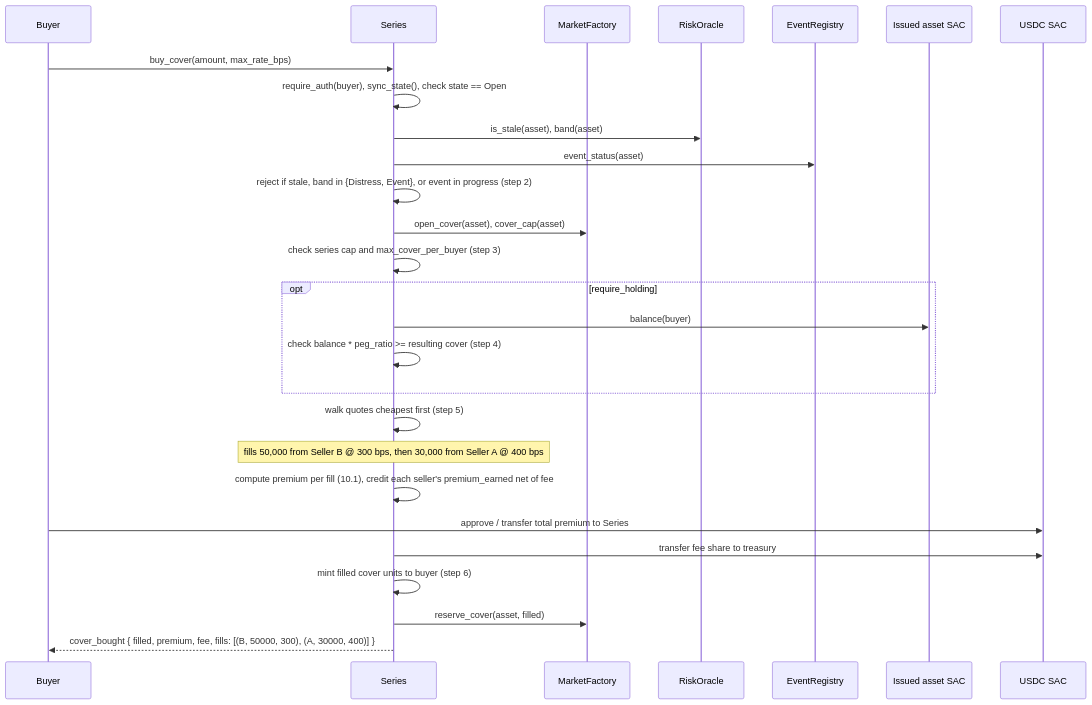
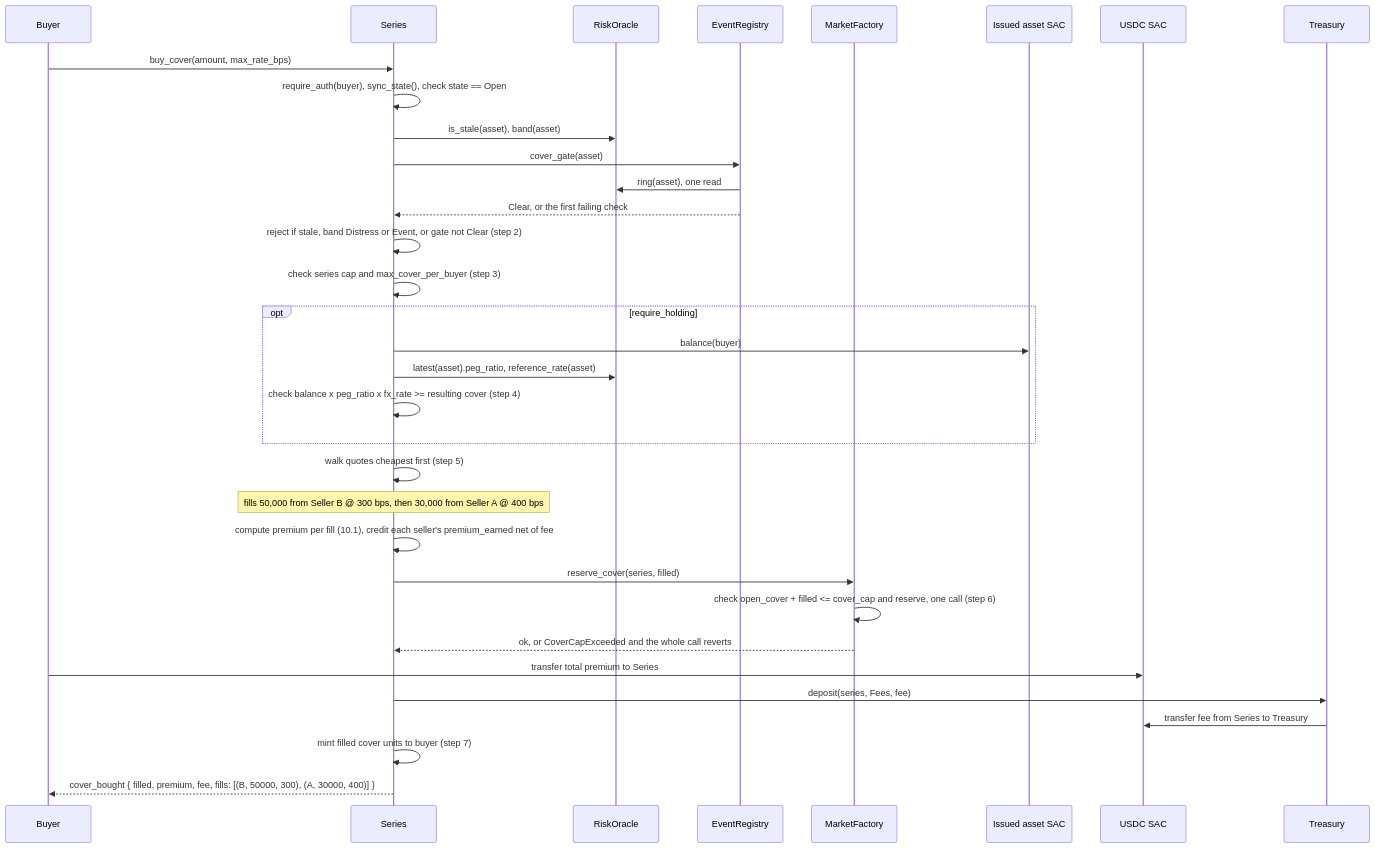
Before and after one commit to Sylox-labs/sylox: diagram 11 of 14 in technical-doc.md, drawn with Mermaid. The commit also changed other lines of this file, not shown here.

````diff
--- a/technical-doc.md
+++ b/technical-doc.md
@@ -738,34 +1112,41 @@
 ```mermaid
 sequenceDiagram
   participant Buyer
   participant Series
-  participant Factory as MarketFactory
   participant Oracle as RiskOracle
   participant Registry as EventRegistry
+  participant Factory as MarketFactory
   participant AssetSAC as Issued asset SAC
   participant USDC as USDC SAC
+  participant Treasury
 
   Buyer->>Series: buy_cover(amount, max_rate_bps)
   Series->>Series: require_auth(buyer), sync_state(), check state == Open
   Series->>Oracle: is_stale(asset), band(asset)
-  Series->>Registry: event_status(asset)
-  Series->>Series: reject if stale, band in {Distress, Event}, or event in progress (step 2)
+  Series->>Registry: cover_gate(asset)
+  Registry->>Oracle: ring(asset), one read
+  Registry-->>Series: Clear, or the first failing check
+  Series->>Series: reject if stale, band Distress or Event, or gate not Clear (step 2)
 
-  Series->>Factory: open_cover(asset), cover_cap(asset)
   Series->>Series: check series cap and max_cover_per_buyer (step 3)
 
   opt require_holding
     Series->>AssetSAC: balance(buyer)
-    Series->>Series: check balance * peg_ratio >= resulting cover (step 4)
+    Series->>Oracle: latest(asset).peg_ratio, reference_rate(asset)
+    Series->>Series: check balance x peg_ratio x fx_rate >= resulting cover (step 4)
   end
 
   Series->>Series: walk quotes cheapest first (step 5)
   Note over Series: fills 50,000 from Seller B @ 300 bps, then 30,000 from Seller A @ 400 bps
   Series->>Series: compute premium per fill (10.1), credit each seller's premium_earned net of fee
 
-  Buyer->>USDC: approve / transfer total premium to Series
-  Series->>USDC: transfer fee share to treasury
-  Series->>Series: mint filled cover units to buyer (step 6)
-  Series->>Factory: reserve_cover(asset, filled)
+  Series->>Factory: reserve_cover(series, filled)
+  Factory->>Factory: check open_cover + filled <= cover_cap and reserve, one call (step 6)
+  Factory-->>Series: ok, or CoverCapExceeded and the whole call reverts
+
+  Buyer->>USDC: transfer total premium to Series
+  Series->>Treasury: deposit(series, Fees, fee)
+  Treasury->>USDC: transfer fee from Series to Treasury
+  Series->>Series: mint filled cover units to buyer (step 7)
   Series-->>Buyer: cover_bought { filled, premium, fee, fills: [(B, 50000, 300), (A, 30000, 400)] }
 ```
````
